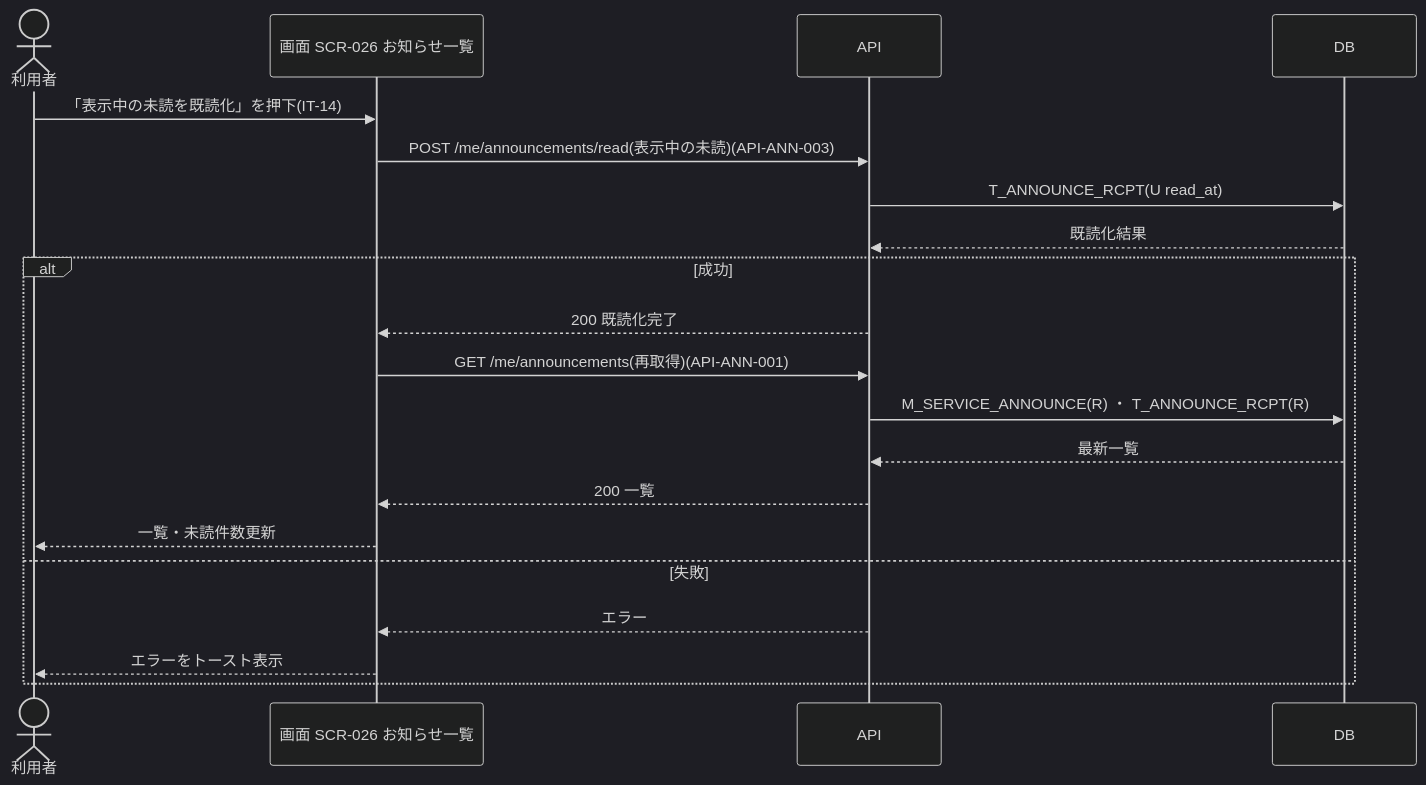
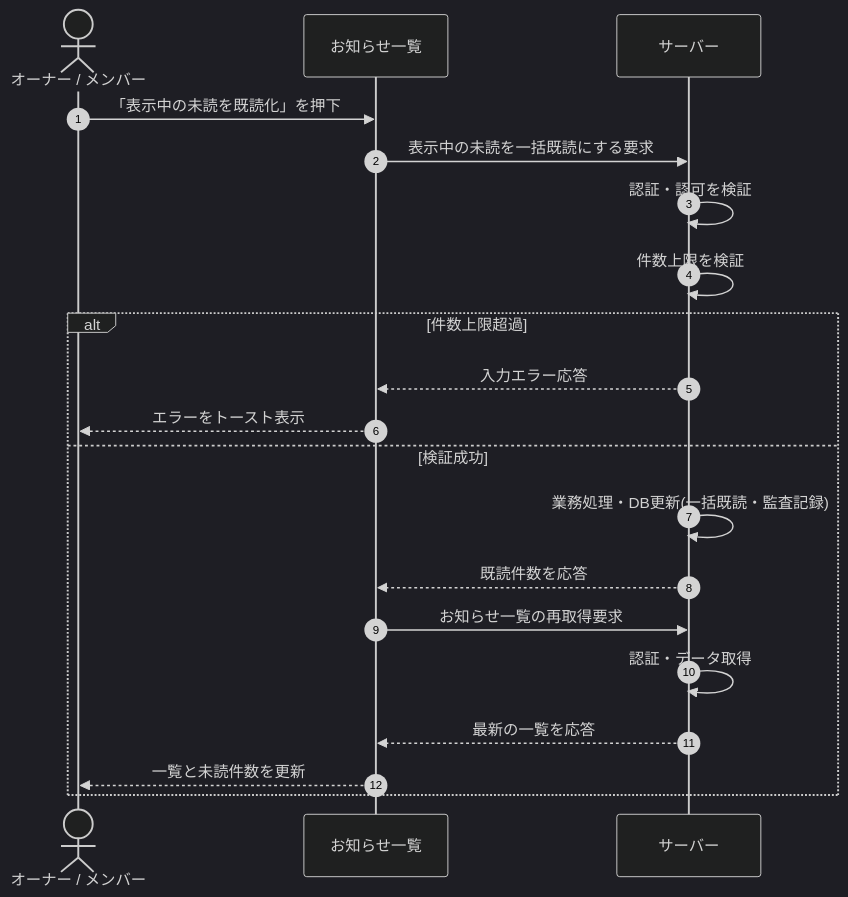
The diagram in 02_basic_design/05_sequences/SEQ-060.md (sikakou54/open-faq), drawn with Mermaid (dark theme) before and after one commit. The commit also changed other lines of this file and 108 other files, not shown here.

First line of the commit message:
基本設計: シーケンス図を基本設計粒度(ユーザー/画面/サーバー)へ再編成

````diff
--- a/02_basic_design/05_sequences/SEQ-060.md
+++ b/02_basic_design/05_sequences/SEQ-060.md
@@ -25,22 +32,22 @@
 ```mermaid
 sequenceDiagram
-  actor U as 利用者
-  participant S as 画面 SCR-026 お知らせ一覧
-  participant API as API
-  participant DB as DB
-  U->>S: 「表示中の未読を既読化」を押下(IT-14)
-  S->>API: POST /me/announcements/read(表示中の未読)(API-ANN-003)
-  API->>DB: T_ANNOUNCE_RCPT(U read_at)
-  DB-->>API: 既読化結果
-  alt 成功
-    API-->>S: 200 既読化完了
-    S->>API: GET /me/announcements(再取得)(API-ANN-001)
-    API->>DB: M_SERVICE_ANNOUNCE(R) ・ T_ANNOUNCE_RCPT(R)
-    DB-->>API: 最新一覧
-    API-->>S: 200 一覧
-    S-->>U: 一覧・未読件数更新
-  else 失敗
-    API-->>S: エラー
-    S-->>U: エラーをトースト表示
+  autonumber
+  actor U as オーナー / メンバー
+  participant Screen as お知らせ一覧
+  participant Server as サーバー
+  U->>Screen: 「表示中の未読を既読化」を押下
+  Screen->>Server: 表示中の未読を一括既読にする要求
+  Server->>Server: 認証・認可を検証
+  Server->>Server: 件数上限を検証
+  alt 件数上限超過
+    Server-->>Screen: 入力エラー応答
+    Screen-->>U: エラーをトースト表示
+  else 検証成功
+    Server->>Server: 業務処理・DB更新(一括既読・監査記録)
+    Server-->>Screen: 既読件数を応答
+    Screen->>Server: お知らせ一覧の再取得要求
+    Server->>Server: 認証・データ取得
+    Server-->>Screen: 最新の一覧を応答
+    Screen-->>U: 一覧と未読件数を更新
   end
 ```
````
